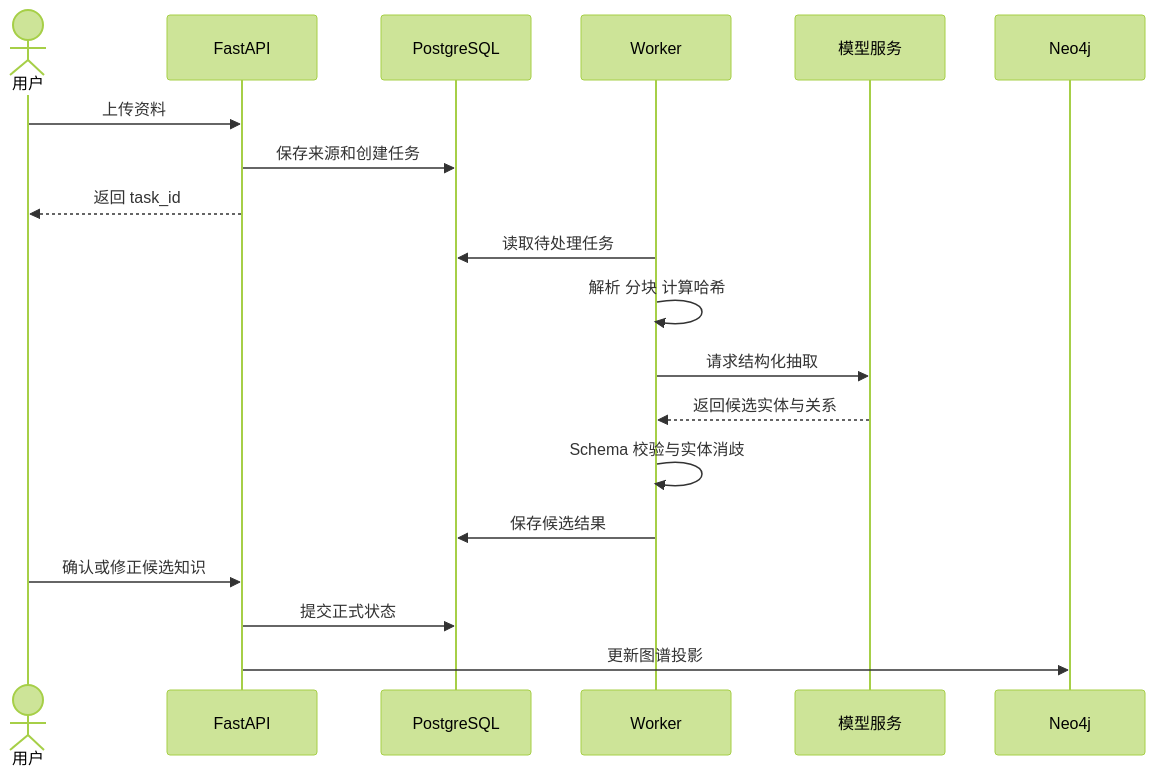
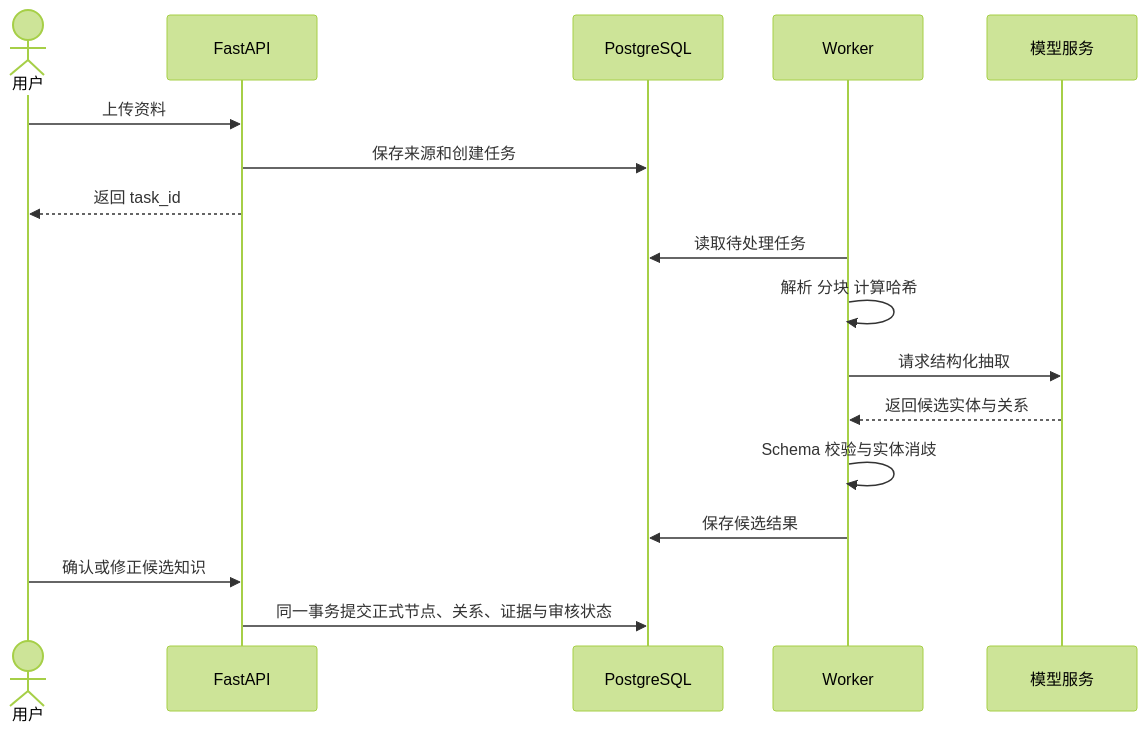
One commit to YAX-J/knowledge-atlas changed the second of 2 diagrams in docs/ARCHITECTURE.md. Above: the diagram before and after it, drawn with Mermaid (forest theme). The commit also changed other lines of this file and 27 other files, not shown here.

Commit message:
Remove Neo4j requirement and defer graph database integration

````diff
--- a/docs/ARCHITECTURE.md
+++ b/docs/ARCHITECTURE.md
@@ -131,22 +131,20 @@
 ```mermaid
 sequenceDiagram
     actor User as 用户
     participant API as FastAPI
     participant DB as PostgreSQL
     participant Worker as Worker
     participant LLM as 模型服务
-    participant Graph as Neo4j
 
     User->>API: 上传资料
     API->>DB: 保存来源和创建任务
     API-->>User: 返回 task_id
     Worker->>DB: 读取待处理任务
     Worker->>Worker: 解析 分块 计算哈希
     Worker->>LLM: 请求结构化抽取
     LLM-->>Worker: 返回候选实体与关系
     Worker->>Worker: Schema 校验与实体消歧
     Worker->>DB: 保存候选结果
     User->>API: 确认或修正候选知识
-    API->>DB: 提交正式状态
-    API->>Graph: 更新图谱投影
+    API->>DB: 同一事务提交正式节点、关系、证据与审核状态
 ```
````
